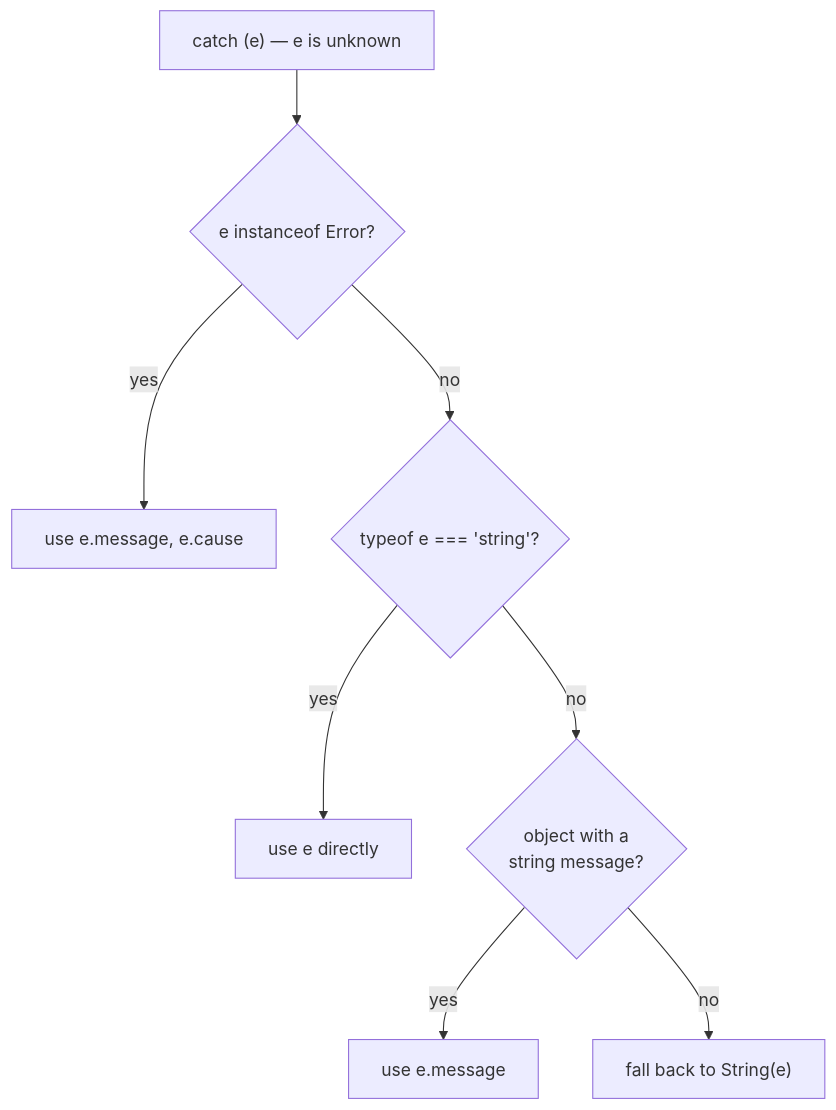
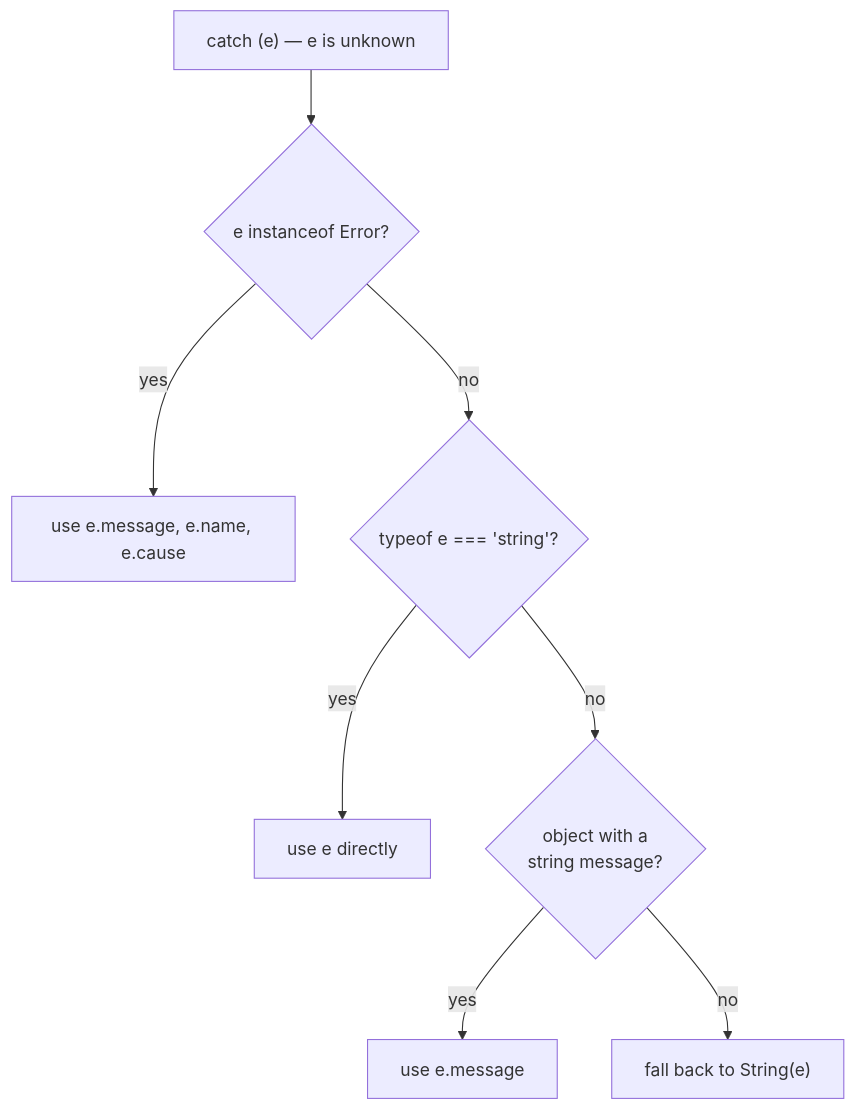
Before and after one commit to cheer-cho/LearningCourse--TypeScript--build-by-Claude-Code: the seventh of 12 diagrams in 10-async-errors/LESSON.md, drawn with Mermaid. The commit also changed other lines of this file and 79 other files, not shown here.

````diff
--- a/10-async-errors/LESSON.md
+++ b/10-async-errors/LESSON.md
@@ -52,10 +695,10 @@
 ```mermaid
 flowchart TD
     E["catch (e) — e is unknown"] --> Q1{"e instanceof Error?"}
-    Q1 -- yes --> M["use e.message, e.cause"]
+    Q1 -- yes --> M["use e.message, e.name, e.cause"]
     Q1 -- no --> Q2{"typeof e === 'string'?"}
     Q2 -- yes --> S["use e directly"]
     Q2 -- no --> Q3{"object with a<br/>string message?"}
     Q3 -- yes --> OM["use e.message"]
     Q3 -- no --> F["fall back to String(e)"]
 ```
````
